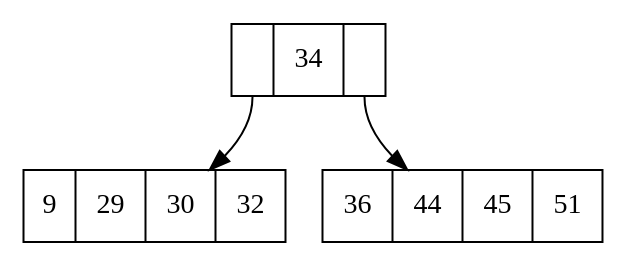
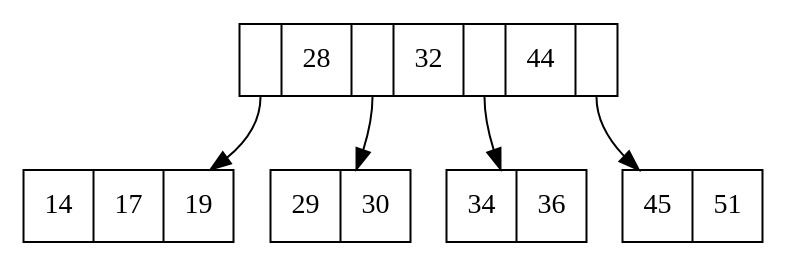
One commit to hxctr/-EDD_2S-BatallaNaval_201807220 changed the diagram in FASE2/btree.dot. Above: the diagram before and after it, drawn with Graphviz. The commit also changed 3 other files, not shown here.

```diff
--- a/FASE2/btree.dot
+++ b/FASE2/btree.dot
@@ -1,10 +1,14 @@
 digraph G {
 node[shape=record]
 		
-R0x20ef430[label="<C1>|34|<C2>"];
-R0x20ef310[label="9|29|30|32"];
-R0x20ef460[label="36|44|45|51"];
+R0x18fd680[label="<C1>|28|<C2>|32|<C3>|44|<C4>"];
+R0x18fcd10[label="14|17|19"];
+R0x18fd060[label="29|30"];
+R0x18fd280[label="34|36"];
+R0x18fcec0[label="45|51"];
 		
-R0x20ef430:C1->R0x20ef310;
-R0x20ef430:C2->R0x20ef460;
+R0x18fd680:C1->R0x18fcd10;
+R0x18fd680:C2->R0x18fd060;
+R0x18fd680:C3->R0x18fd280;
+R0x18fd680:C4->R0x18fcec0;
 }
```
